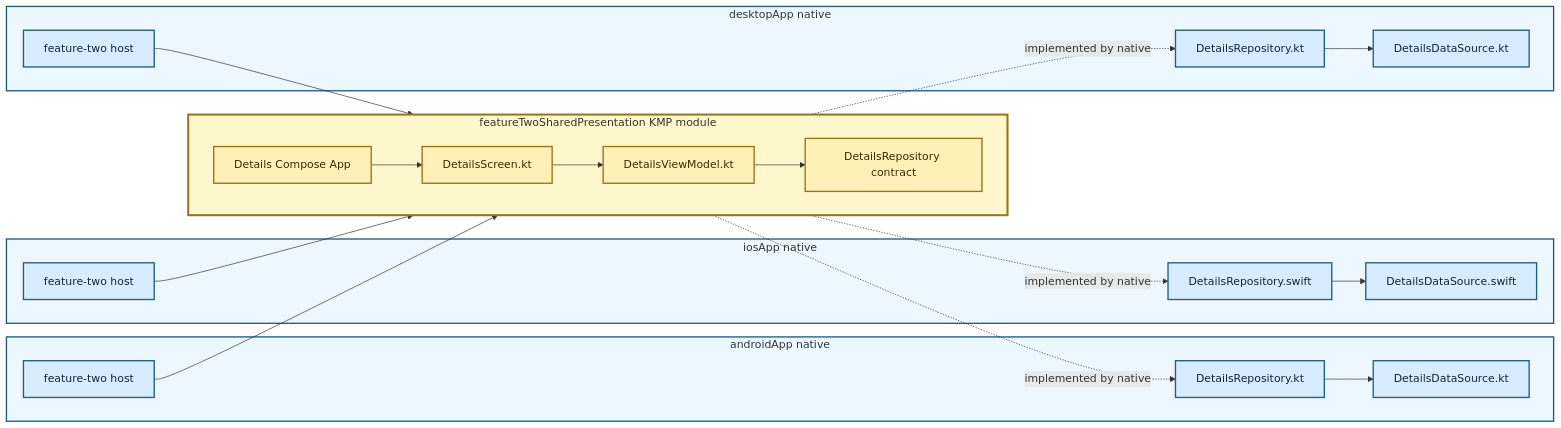
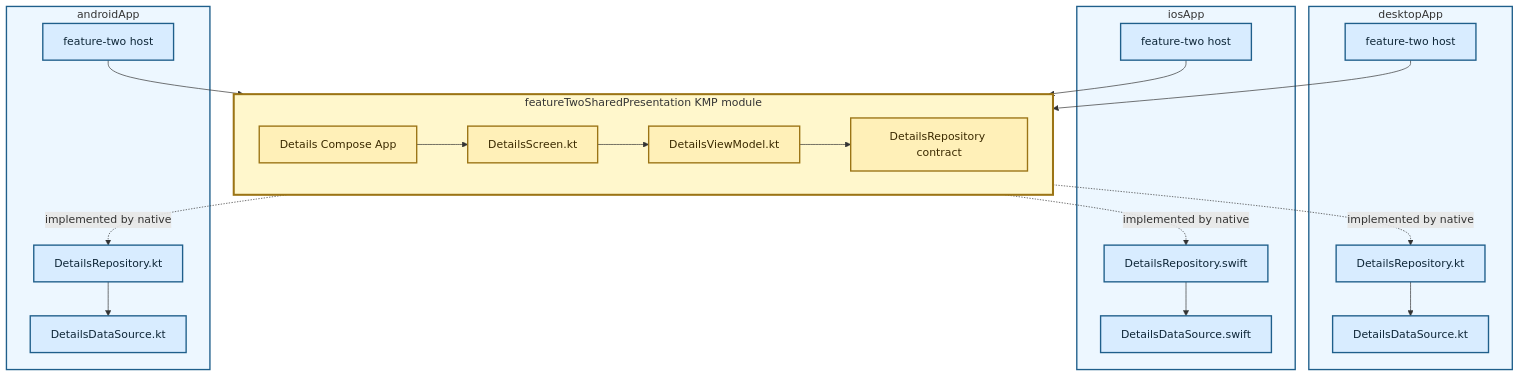
One commit to TheSetox/kmp-sample-diagrams changed the diagram in diagrams/11-modular-kmp-presentation-layer.md. Above: the diagram before and after it, drawn with Mermaid. The commit also changed 19 other files, not shown here.

Commit message:
docs: align platform diagram boxes

````diff
--- a/diagrams/11-modular-kmp-presentation-layer.md
+++ b/diagrams/11-modular-kmp-presentation-layer.md
@@ -5,48 +5,48 @@
 ```mermaid
-flowchart LR
-  subgraph Android["androidApp native"]
-    AHost["feature-two host"]
-    ARepository["DetailsRepository.kt"]
-    ADataSource["DetailsDataSource.kt"]
-    ARepository --> ADataSource
+flowchart TB
+  subgraph Desktop["desktopApp"]
+    DHost["feature-two host"]
+    DRepository["DetailsRepository.kt"]
+    DDataSource["DetailsDataSource.kt"]
+    DRepository --> DDataSource
   end
 
-  subgraph IOS["iosApp native"]
+  subgraph IOS["iosApp"]
     IHost["feature-two host"]
     IRepository["DetailsRepository.swift"]
     IDataSource["DetailsDataSource.swift"]
     IRepository --> IDataSource
   end
 
-  subgraph Desktop["desktopApp native"]
-    DHost["feature-two host"]
-    DRepository["DetailsRepository.kt"]
-    DDataSource["DetailsDataSource.kt"]
-    DRepository --> DDataSource
+  subgraph Android["androidApp"]
+    AHost["feature-two host"]
+    ARepository["DetailsRepository.kt"]
+    ADataSource["DetailsDataSource.kt"]
+    ARepository --> ADataSource
   end
 
   subgraph KMP["featureTwoSharedPresentation KMP module"]
     direction LR
     App["Details Compose App"]
     Screen["DetailsScreen.kt"]
     VM["DetailsViewModel.kt"]
     RepositoryPort["DetailsRepository contract"]
     App --> Screen --> VM --> RepositoryPort
   end
 
   AHost --> App
   IHost --> App
   DHost --> App
   RepositoryPort -. "implemented by native" .-> ARepository
   RepositoryPort -. "implemented by native" .-> IRepository
   RepositoryPort -. "implemented by native" .-> DRepository
 
   classDef app fill:#d8ecff,stroke:#1f5f8b,color:#0f2738,stroke-width:2px;
   classDef kmp fill:#fff0b8,stroke:#9b7415,color:#3b2a00,stroke-width:2px;
   class AHost,ARepository,ADataSource,IHost,IRepository,IDataSource,DHost,DRepository,DDataSource app;
   class App,Screen,VM,RepositoryPort kmp;
   style Android fill:#edf7ff,stroke:#1f5f8b,stroke-width:2px
   style IOS fill:#edf7ff,stroke:#1f5f8b,stroke-width:2px
   style Desktop fill:#edf7ff,stroke:#1f5f8b,stroke-width:2px
   style KMP fill:#fff7cc,stroke:#9b7415,stroke-width:3px
 ```
````
